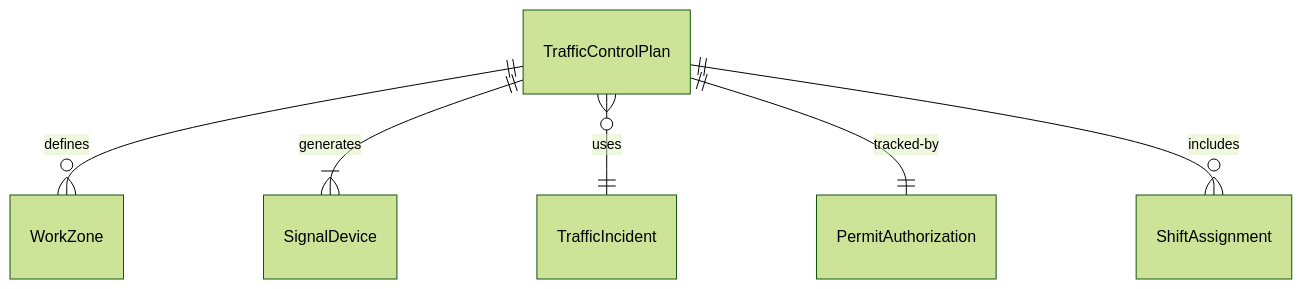
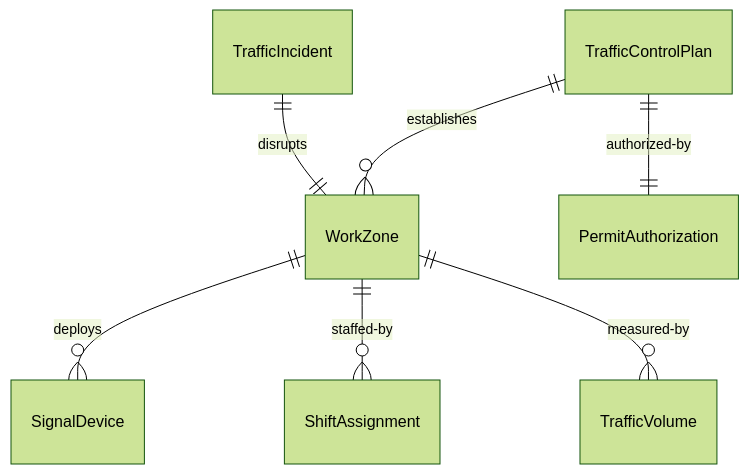
Before and after one commit to dot-org-ai/tasks.org.ai: the first of 4 diagrams in HandlingAndMovingObjects/DirectVehicleTraffic/DirectVehicleTraffic.mdx, drawn with Mermaid (forest theme). The commit also changed other lines of this file and 515 other files, not shown here.

````diff
--- a/HandlingAndMovingObjects/DirectVehicleTraffic/DirectVehicleTraffic.mdx
+++ b/HandlingAndMovingObjects/DirectVehicleTraffic/DirectVehicleTraffic.mdx
@@ -90,8 +90,9 @@
 ```mermaid
 erDiagram
-    TrafficControlPlan ||--o{ WorkZone : "defines"
-    TrafficControlPlan ||--|{ SignalDevice : "generates"
-    TrafficControlPlan }o--|| TrafficIncident : "uses"
-    TrafficControlPlan ||--|| PermitAuthorization : "tracked-by"
-    TrafficControlPlan ||--o{ ShiftAssignment : "includes"
+    TrafficControlPlan ||--o{ WorkZone : "establishes"
+    TrafficControlPlan ||--|| PermitAuthorization : "authorized-by"
+    WorkZone ||--o{ SignalDevice : "deploys"
+    WorkZone ||--o{ ShiftAssignment : "staffed-by"
+    TrafficIncident ||--|| WorkZone : "disrupts"
+    WorkZone ||--o{ TrafficVolume : "measured-by"
 ```
````
